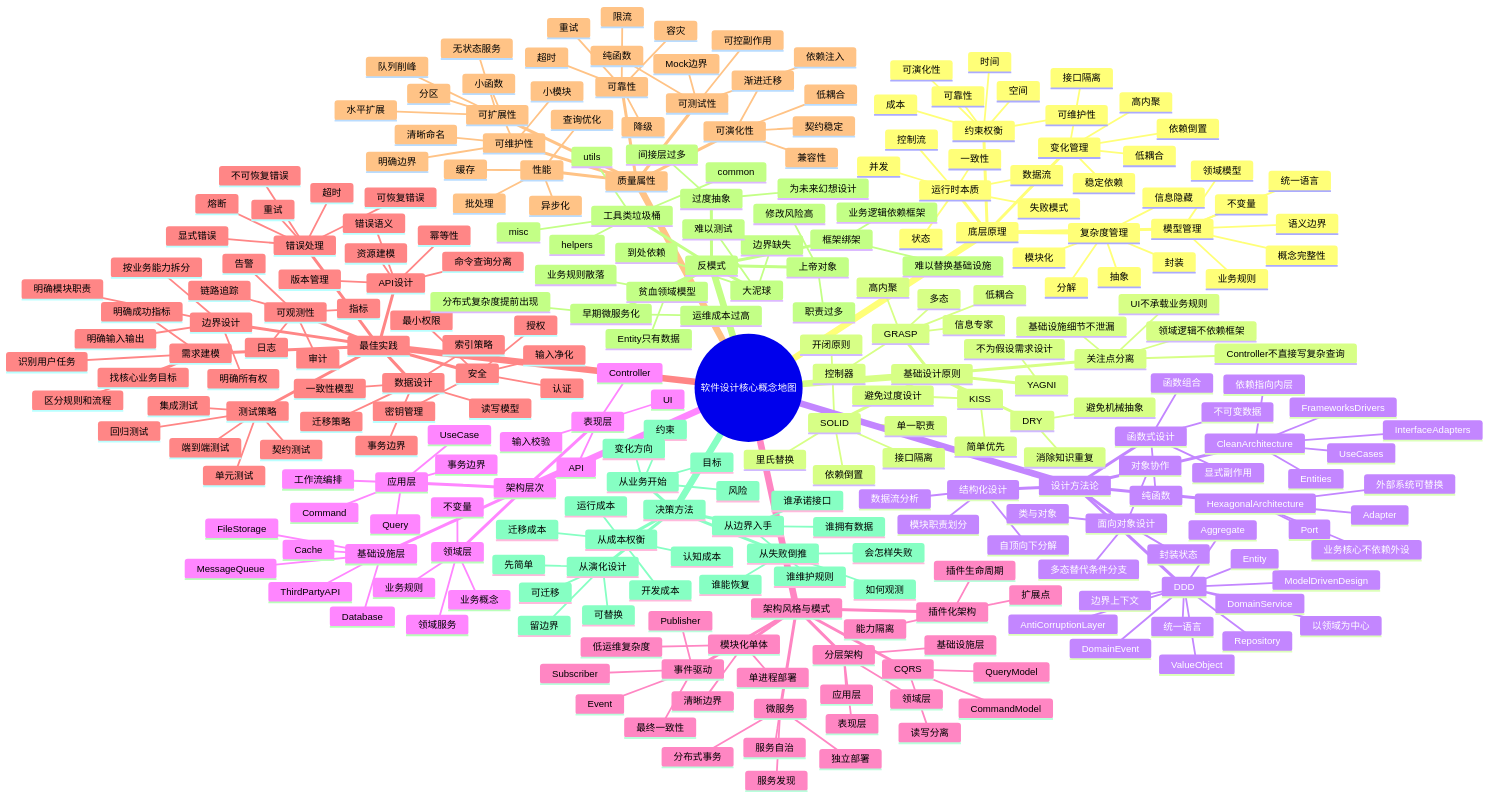
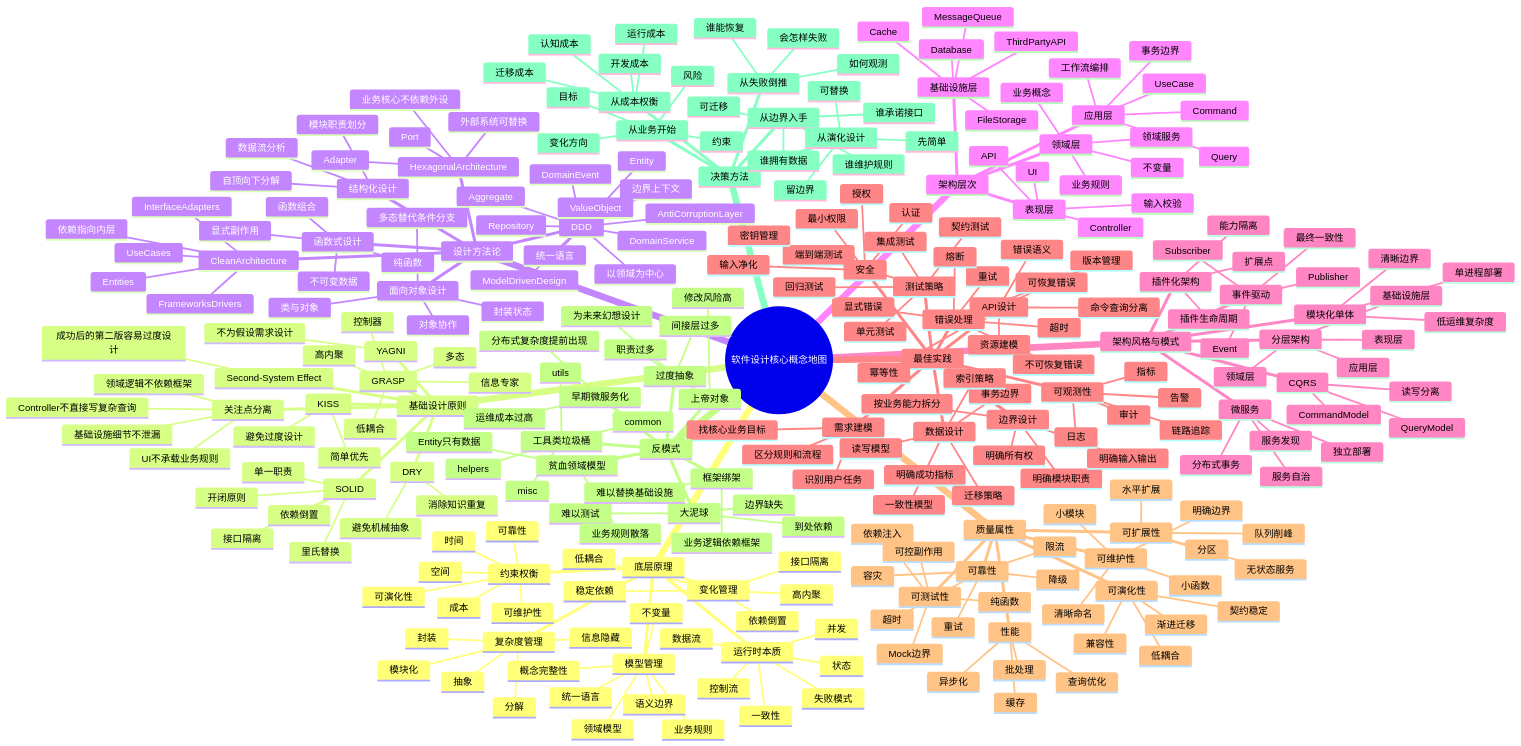
Before and after one commit to zjykzk/blog: the diagram in wiki/maps/Software Design Map.md, drawn with Mermaid. The commit also changed other lines of this file and 6 other files, not shown here.

Commit message:
docs(wiki): capture second-system effect source

```diff
--- a/wiki/maps/Software Design Map.md
+++ b/wiki/maps/Software Design Map.md
@@ -88,6 +88,8 @@
         避免过度设计
       YAGNI
         不为假设需求设计
+      Second-System Effect
+        成功后的第二版容易过度设计
       DRY
         消除知识重复
         避免机械抽象
```
